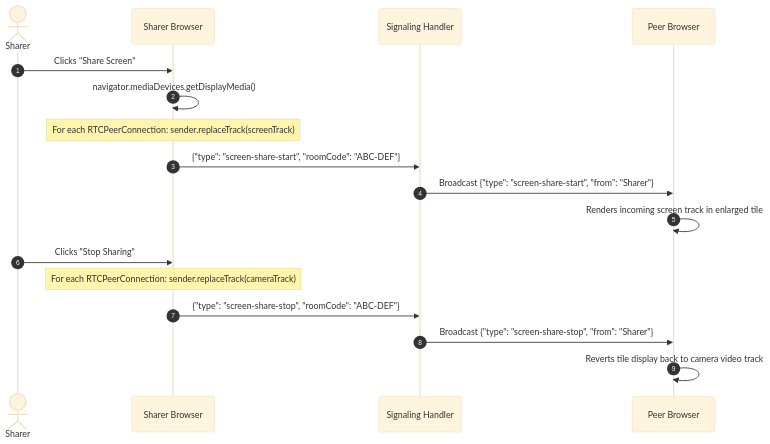
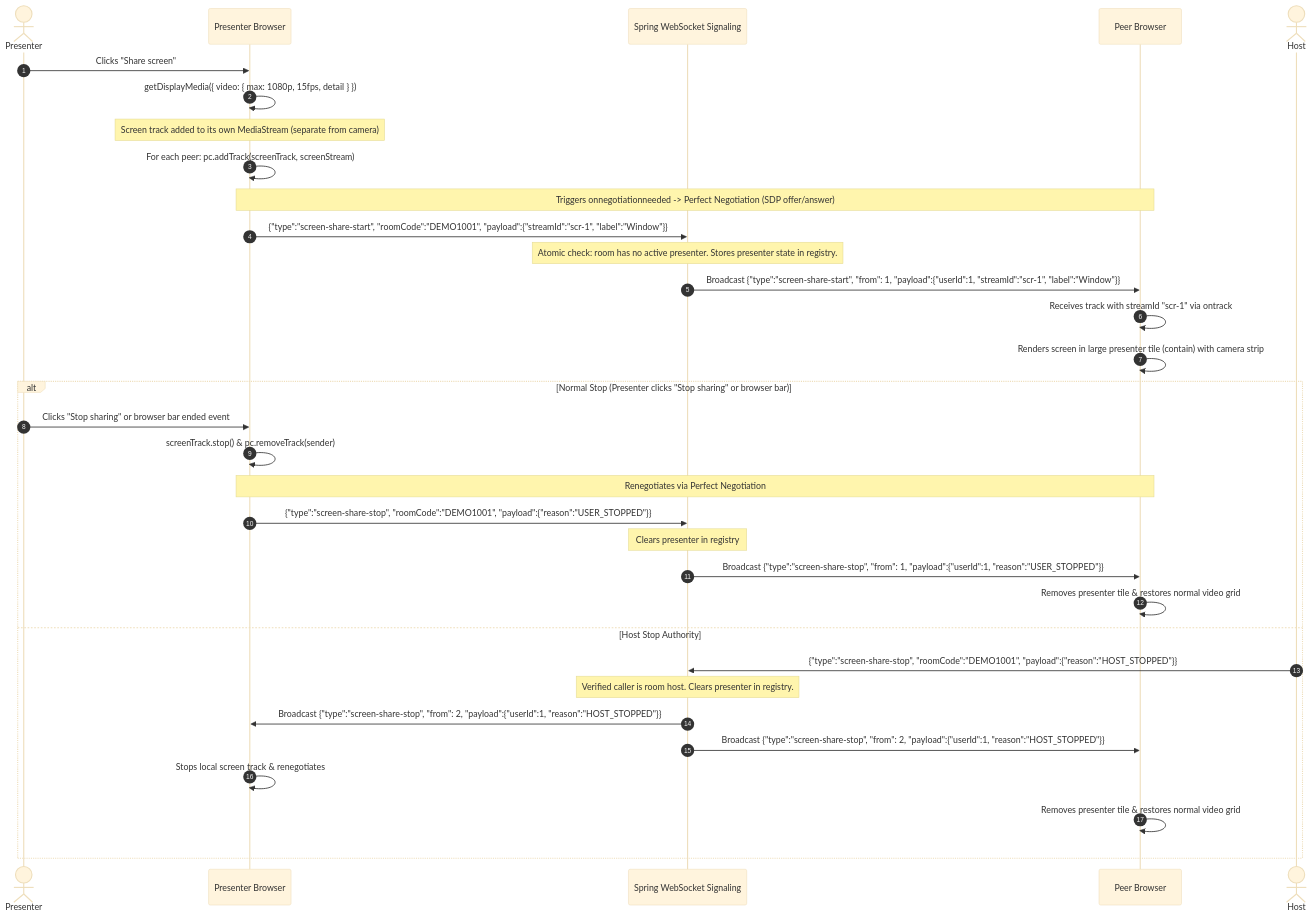
One commit to Mohitkumar7295/Real-Time-Communication-App changed the eighth of 14 diagrams in docs/ARCHITECTURE.md. Above: the diagram before and after it, drawn with Mermaid (base theme). The commit also changed other lines of this file and 133 other files, not shown here.

Commit message:
feat: complete real-time rooms, signaling, video mesh, chat, files, whiteboard, and TURN multi-url

````diff
--- a/docs/ARCHITECTURE.md
+++ b/docs/ARCHITECTURE.md
@@ -534,20 +611,37 @@
 ```mermaid
 sequenceDiagram
     autonumber
-    actor Sharer
-    participant BrowserSharer as Sharer Browser
-    participant Signaling as Signaling Handler
+    actor Presenter
+    participant BrowserPresenter as Presenter Browser
+    participant Signaling as Spring WebSocket Signaling
     participant BrowserPeer as Peer Browser
 
-    Sharer->>BrowserSharer: Clicks "Share Screen"
-    BrowserSharer->>BrowserSharer: navigator.mediaDevices.getDisplayMedia()
-    Note over BrowserSharer: For each RTCPeerConnection: sender.replaceTrack(screenTrack)
-    BrowserSharer->>Signaling: {"type": "screen-share-start", "roomCode": "ABC-DEF"}
-    Signaling->>BrowserPeer: Broadcast {"type": "screen-share-start", "from": "Sharer"}
-    BrowserPeer->>BrowserPeer: Renders incoming screen track in enlarged tile
-    Sharer->>BrowserSharer: Clicks "Stop Sharing"
-    Note over BrowserSharer: For each RTCPeerConnection: sender.replaceTrack(cameraTrack)
-    BrowserSharer->>Signaling: {"type": "screen-share-stop", "roomCode": "ABC-DEF"}
-    Signaling->>BrowserPeer: Broadcast {"type": "screen-share-stop", "from": "Sharer"}
-    BrowserPeer->>BrowserPeer: Reverts tile display back to camera video track
+    Presenter->>BrowserPresenter: Clicks "Share screen"
+    BrowserPresenter->>BrowserPresenter: getDisplayMedia({ video: { max: 1080p, 15fps, detail } })
+    Note over BrowserPresenter: Screen track added to its own MediaStream (separate from camera)
+    BrowserPresenter->>BrowserPresenter: For each peer: pc.addTrack(screenTrack, screenStream)
+    Note over BrowserPresenter,BrowserPeer: Triggers onnegotiationneeded -> Perfect Negotiation (SDP offer/answer)
+    BrowserPresenter->>Signaling: {"type":"screen-share-start", "roomCode":"DEMO1001", "payload":{"streamId":"scr-1", "label":"Window"}}
+    Note over Signaling: Atomic check: room has no active presenter. Stores presenter state in registry.
+    Signaling->>BrowserPeer: Broadcast {"type":"screen-share-start", "from": 1, "payload":{"userId":1, "streamId":"scr-1", "label":"Window"}}
+    BrowserPeer->>BrowserPeer: Receives track with streamId "scr-1" via ontrack
+    BrowserPeer->>BrowserPeer: Renders screen in large presenter tile (contain) with camera strip
+
+    alt Normal Stop (Presenter clicks "Stop sharing" or browser bar)
+        Presenter->>BrowserPresenter: Clicks "Stop sharing" or browser bar ended event
+        BrowserPresenter->>BrowserPresenter: screenTrack.stop() & pc.removeTrack(sender)
+        Note over BrowserPresenter,BrowserPeer: Renegotiates via Perfect Negotiation
+        BrowserPresenter->>Signaling: {"type":"screen-share-stop", "roomCode":"DEMO1001", "payload":{"reason":"USER_STOPPED"}}
+        Note over Signaling: Clears presenter in registry
+        Signaling->>BrowserPeer: Broadcast {"type":"screen-share-stop", "from": 1, "payload":{"userId":1, "reason":"USER_STOPPED"}}
+        BrowserPeer->>BrowserPeer: Removes presenter tile & restores normal video grid
+    else Host Stop Authority
+        actor Host
+        Host->>Signaling: {"type":"screen-share-stop", "roomCode":"DEMO1001", "payload":{"reason":"HOST_STOPPED"}}
+        Note over Signaling: Verified caller is room host. Clears presenter in registry.
+        Signaling->>BrowserPresenter: Broadcast {"type":"screen-share-stop", "from": 2, "payload":{"userId":1, "reason":"HOST_STOPPED"}}
+        Signaling->>BrowserPeer: Broadcast {"type":"screen-share-stop", "from": 2, "payload":{"userId":1, "reason":"HOST_STOPPED"}}
+        BrowserPresenter->>BrowserPresenter: Stops local screen track & renegotiates
+        BrowserPeer->>BrowserPeer: Removes presenter tile & restores normal video grid
+    end
 ```
````
